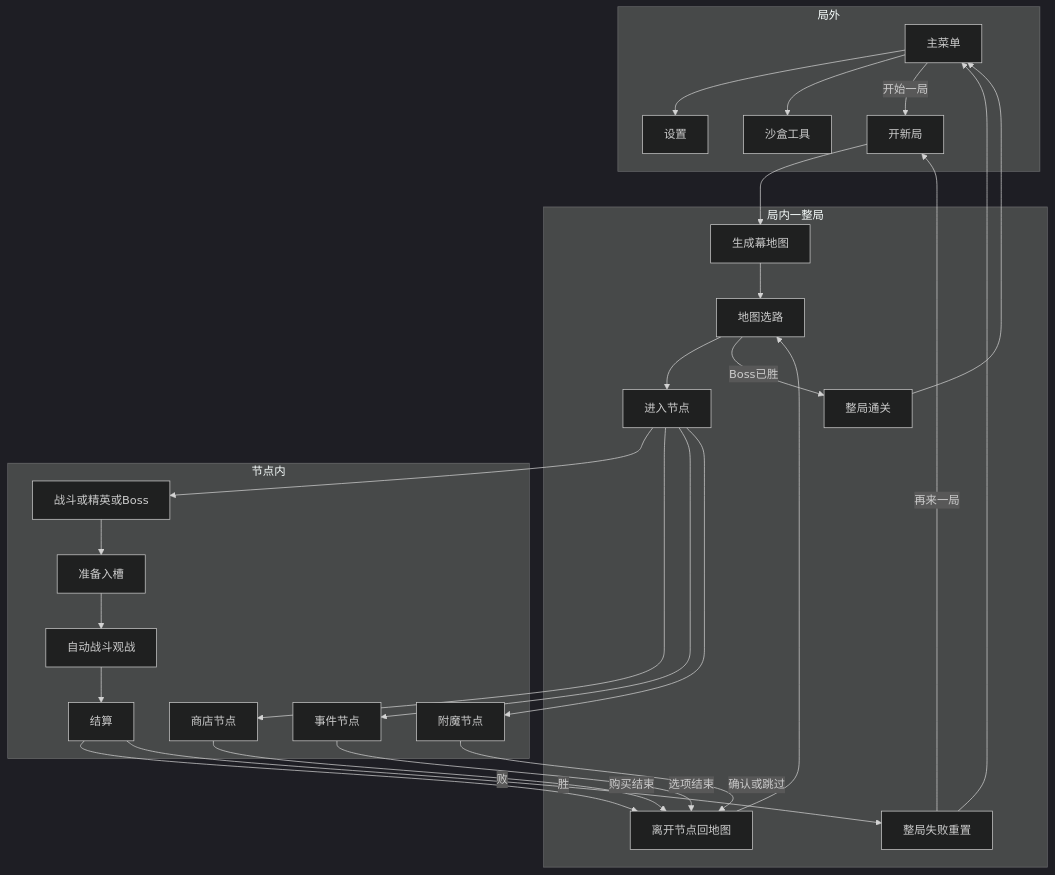
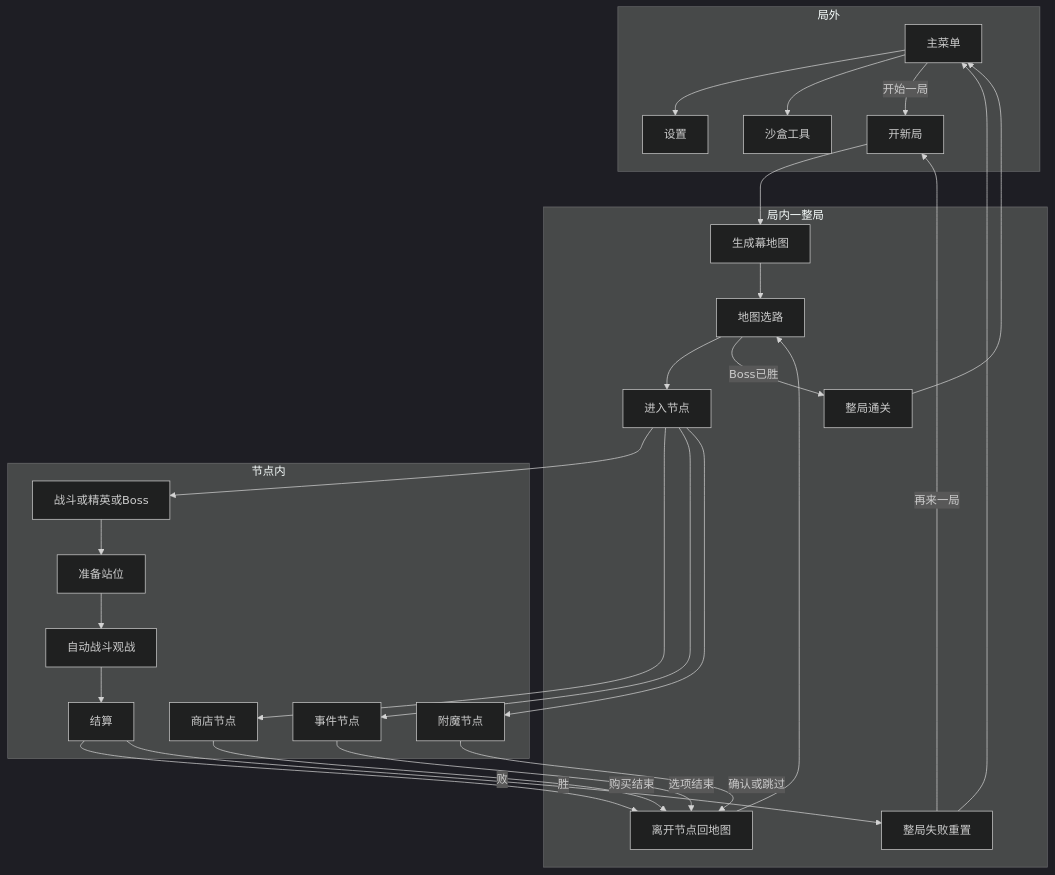
Before and after one commit to Kanerickyz/Godot-Project---Clash-royale-like-Game: the diagram in Documents/Features/GAME_LOOP.md, drawn with Mermaid (dark theme). The commit also changed other lines of this file and 9 other files, not shown here.

````diff
--- a/Documents/Features/GAME_LOOP.md
+++ b/Documents/Features/GAME_LOOP.md
@@ -101,48 +101,48 @@
 ```mermaid
 flowchart TD
   subgraph Meta[局外]
     MainMenu[主菜单]
     Settings[设置]
     Sandbox[沙盒工具]
     MainMenu --> Settings
     MainMenu --> Sandbox
     MainMenu -->|开始一局| NewRun[开新局]
   end
 
   subgraph RunLoop[局内一整局]
     GenMap[生成幕地图]
     MapSelect[地图选路]
     EnterNode[进入节点]
     LeaveNode[离开节点回地图]
     RunWin[整局通关]
     RunLose[整局失败重置]
     NewRun --> GenMap --> MapSelect
     MapSelect --> EnterNode
     LeaveNode --> MapSelect
     MapSelect -->|Boss已胜| RunWin
   end
 
   subgraph NodeInner[节点内]
     CombatNode[战斗或精英或Boss]
     ShopNode[商店节点]
     EventNode[事件节点]
     EnchantNode[附魔节点]
-    Prep[准备入槽]
+    Prep[准备站位]
     AutoCombat[自动战斗观战]
     Resolve[结算]
     CombatNode --> Prep --> AutoCombat --> Resolve
     Resolve -->|胜| LeaveNode
     Resolve -->|败| RunLose
     ShopNode -->|购买结束| LeaveNode
     EventNode -->|选项结束| LeaveNode
     EnchantNode -->|确认或跳过| LeaveNode
   end
 
   EnterNode --> CombatNode
   EnterNode --> ShopNode
   EnterNode --> EventNode
   EnterNode --> EnchantNode
   RunWin --> MainMenu
   RunLose --> MainMenu
   RunLose -->|再来一局| NewRun
 ```
````
